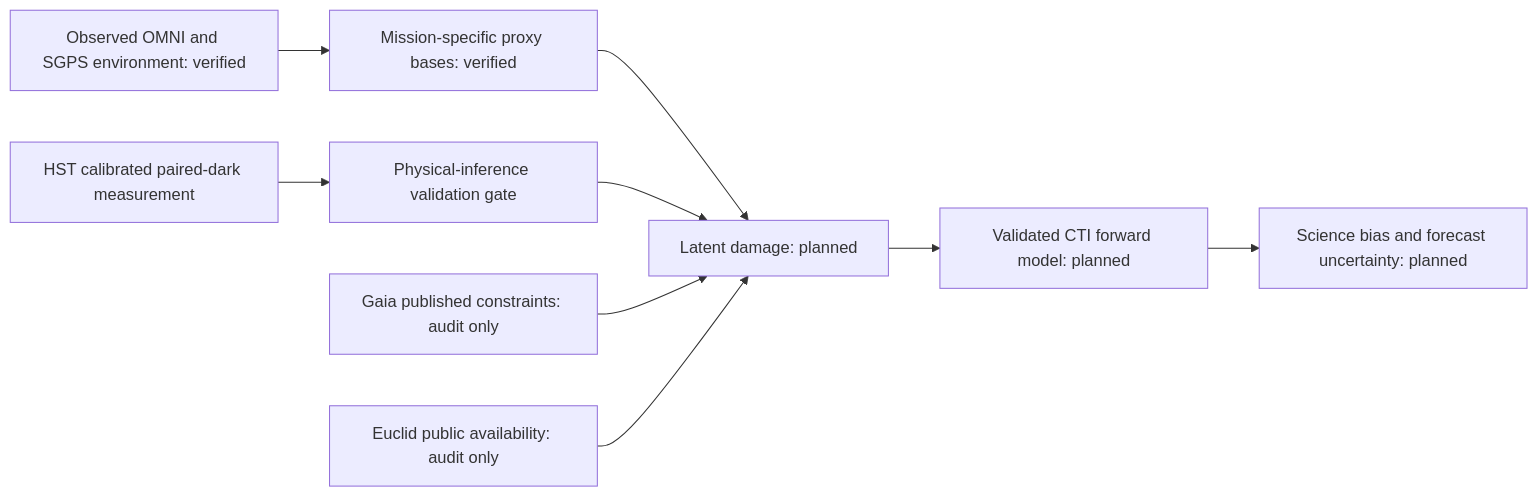
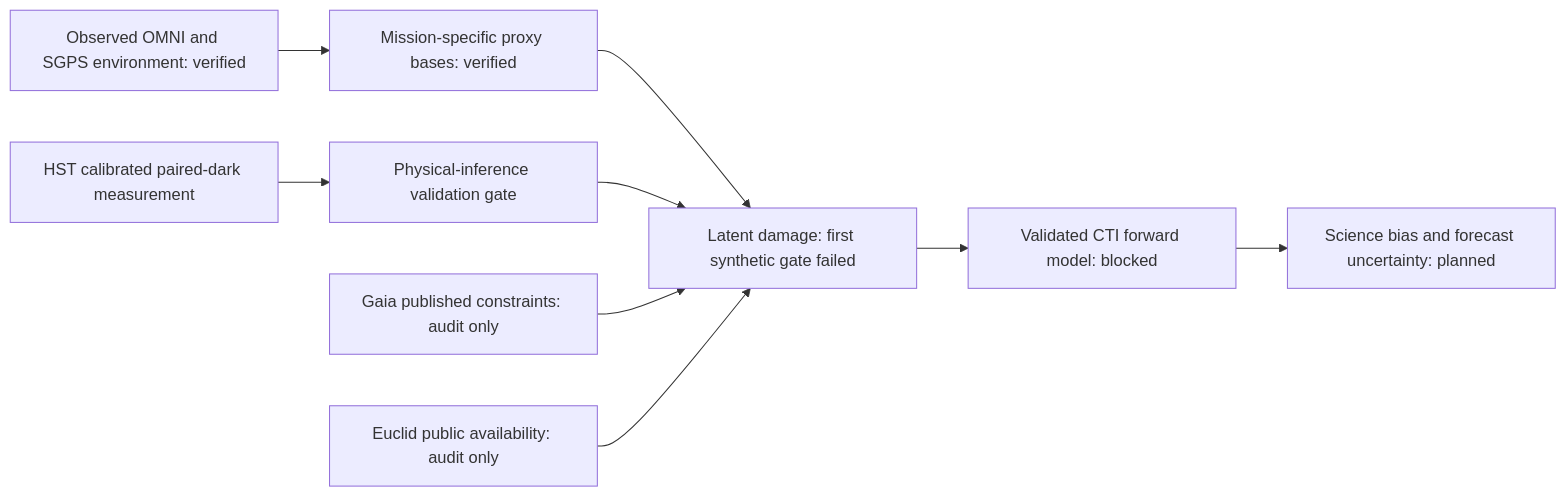
Before and after one commit to Biswajit1999/lattice-radiation-twin: the diagram in README.md, drawn with Mermaid. The commit also changed other lines of this file and 8 other files, not shown here.

Commit message:
science: retain failed synthetic recovery gate

````diff
--- a/README.md
+++ b/README.md
@@ -17,11 +17,11 @@
 ```mermaid
 flowchart LR
   A[Observed OMNI and SGPS environment: verified] --> B[Mission-specific proxy bases: verified]
-  B --> C[Latent damage: planned]
+  B --> C[Latent damage: first synthetic gate failed]
   H[HST calibrated paired-dark measurement] --> V[Physical-inference validation gate]
   V --> C
   G[Gaia published constraints: audit only] --> C
   E[Euclid public availability: audit only] --> C
-  C --> D[Validated CTI forward model: planned]
+  C --> D[Validated CTI forward model: blocked]
   D --> S[Science bias and forecast uncertainty: planned]
 ```
````
